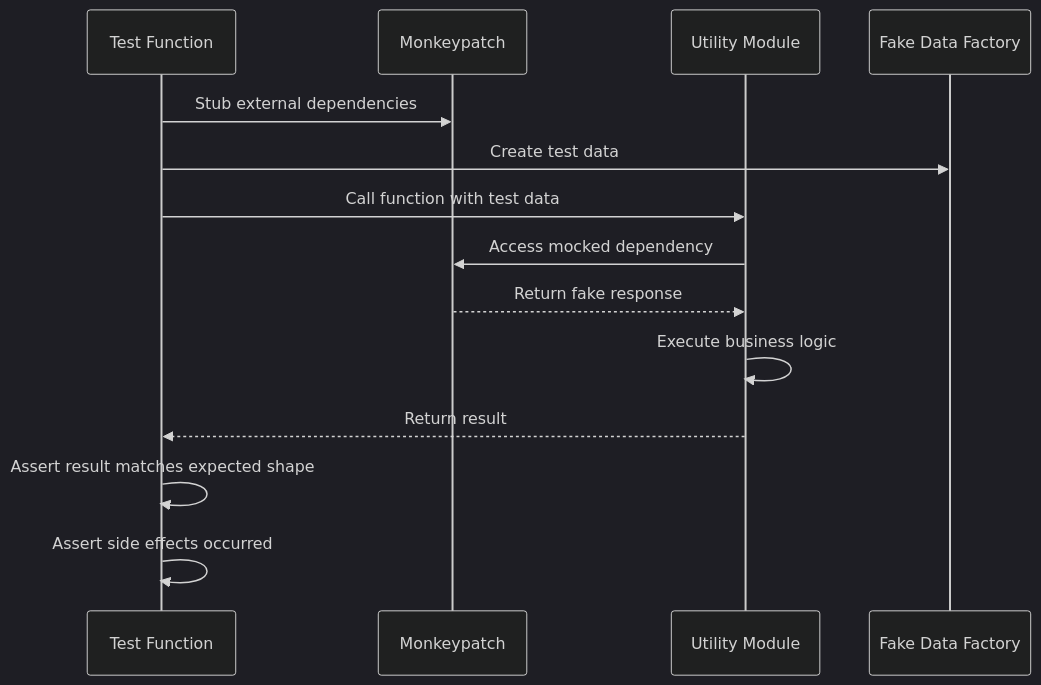
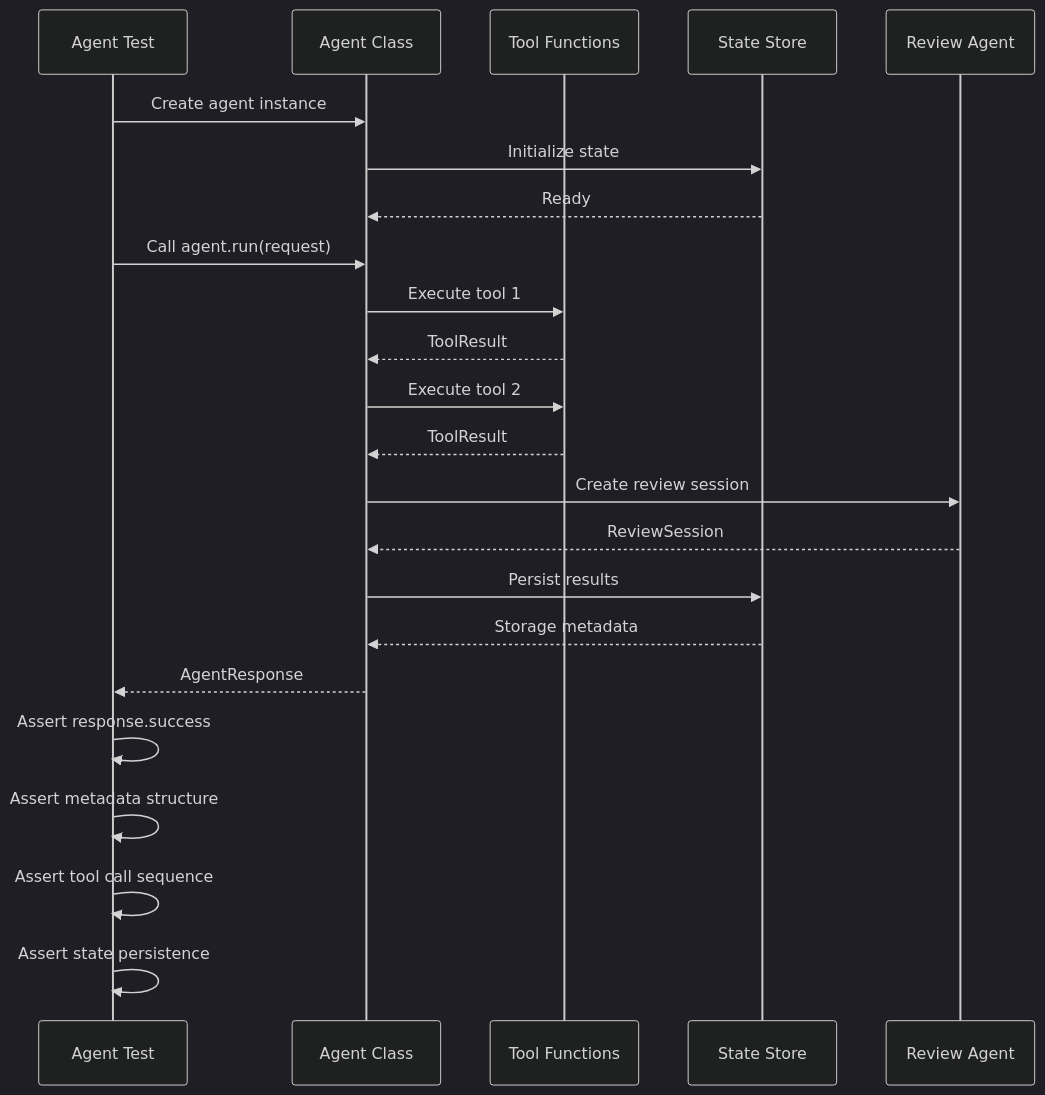
The third of 4 diagrams in docs/tests.md (jmac-cornelis/agent-workforce), drawn with Mermaid (dark theme) before and after one commit. The commit also changed other lines of this file and 7 other files, not shown here.

````diff
--- a/docs/tests.md
+++ b/docs/tests.md
@@ -89,17 +122,31 @@
 ```mermaid
 sequenceDiagram
-    participant Test as Test Function
-    participant Patch as Monkeypatch
-    participant Utils as Utility Module
-    participant Fake as Fake Data Factory
+    participant Test as Agent Test
+    participant Agent as Agent Class
+    participant Tools as Tool Functions
+    participant Store as State Store
+    participant Review as Review Agent
     
-    Test->>Patch: Stub external dependencies
-    Test->>Fake: Create test data
-    Test->>Utils: Call function with test data
-    Utils->>Patch: Access mocked dependency
-    Patch-->>Utils: Return fake response
-    Utils->>Utils: Execute business logic
-    Utils-->>Test: Return result
-    Test->>Test: Assert result matches expected shape
-    Test->>Test: Assert side effects occurred
+    Test->>Agent: Create agent instance
+    Agent->>Store: Initialize state
+    Store-->>Agent: Ready
+    
+    Test->>Agent: Call agent.run(request)
+    Agent->>Tools: Execute tool 1
+    Tools-->>Agent: ToolResult
+    Agent->>Tools: Execute tool 2
+    Tools-->>Agent: ToolResult
+    
+    Agent->>Review: Create review session
+    Review-->>Agent: ReviewSession
+    
+    Agent->>Store: Persist results
+    Store-->>Agent: Storage metadata
+    
+    Agent-->>Test: AgentResponse
+    
+    Test->>Test: Assert response.success
+    Test->>Test: Assert metadata structure
+    Test->>Test: Assert tool call sequence
+    Test->>Test: Assert state persistence
 ```
````
